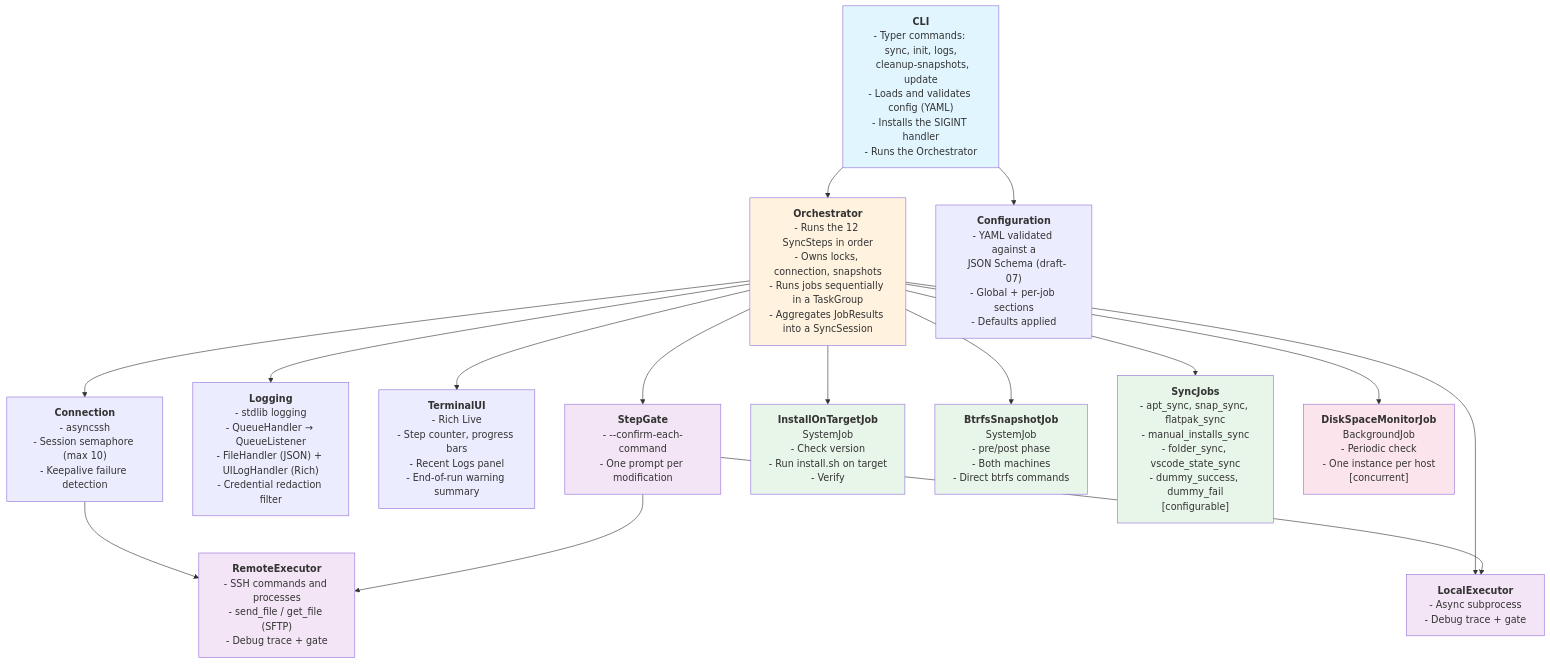
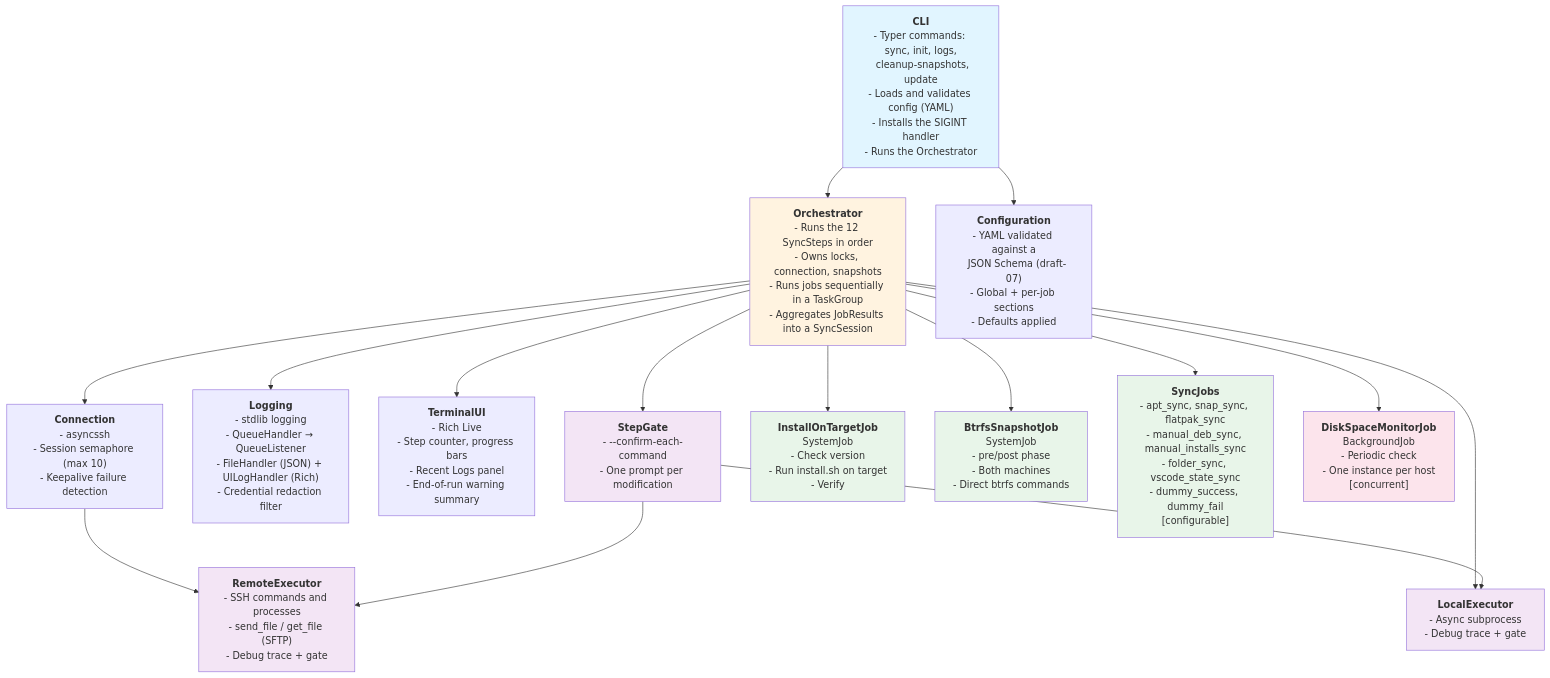
Before and after one commit to flaksit/pc-switcher: the first of 6 diagrams in docs/system/architecture.md, drawn with Mermaid. The commit also changed other lines of this file and 4 other files, not shown here.

First line of the commit message:
docs: spec manual_deb_sync and the shared UnreproducibleSyncJob

````diff
--- a/docs/system/architecture.md
+++ b/docs/system/architecture.md
@@ -36,53 +36,53 @@
 ```mermaid
 graph TD
     CLI["<b>CLI</b><br/>- Typer commands: sync, init, logs,<br/>  cleanup-snapshots, update<br/>- Loads and validates config (YAML)<br/>- Installs the SIGINT handler<br/>- Runs the Orchestrator"]
 
     Orchestrator["<b>Orchestrator</b><br/>- Runs the 12 SyncSteps in order<br/>- Owns locks, connection, snapshots<br/>- Runs jobs sequentially in a TaskGroup<br/>- Aggregates JobResults into a SyncSession"]
 
     Config["<b>Configuration</b><br/>- YAML validated against a<br/>  JSON Schema (draft-07)<br/>- Global + per-job sections<br/>- Defaults applied"]
 
     Connection["<b>Connection</b><br/>- asyncssh<br/>- Session semaphore (max 10)<br/>- Keepalive failure detection"]
 
     Logging["<b>Logging</b><br/>- stdlib logging<br/>- QueueHandler → QueueListener<br/>- FileHandler (JSON) + UILogHandler (Rich)<br/>- Credential redaction filter"]
 
     TerminalUI["<b>TerminalUI</b><br/>- Rich Live<br/>- Step counter, progress bars<br/>- Recent Logs panel<br/>- End-of-run warning summary"]
 
     StepGate["<b>StepGate</b><br/>- --confirm-each-command<br/>- One prompt per modification"]
 
     LocalExecutor["<b>LocalExecutor</b><br/>- Async subprocess<br/>- Debug trace + gate"]
 
     RemoteExecutor["<b>RemoteExecutor</b><br/>- SSH commands and processes<br/>- send_file / get_file (SFTP)<br/>- Debug trace + gate"]
 
     InstallOnTargetJob["<b>InstallOnTargetJob</b><br/>SystemJob<br/>- Check version<br/>- Run install.sh on target<br/>- Verify"]
 
     BtrfsSnapshotJob["<b>BtrfsSnapshotJob</b><br/>SystemJob<br/>- pre/post phase<br/>- Both machines<br/>- Direct btrfs commands"]
 
-    SyncJobs["<b>SyncJobs</b><br/>- apt_sync, snap_sync, flatpak_sync<br/>- manual_installs_sync<br/>- folder_sync, vscode_state_sync<br/>- dummy_success, dummy_fail<br/>[configurable]"]
+    SyncJobs["<b>SyncJobs</b><br/>- apt_sync, snap_sync, flatpak_sync<br/>- manual_deb_sync, manual_installs_sync<br/>- folder_sync, vscode_state_sync<br/>- dummy_success, dummy_fail<br/>[configurable]"]
 
     DiskSpaceMonitorJob["<b>DiskSpaceMonitorJob</b><br/>BackgroundJob<br/>- Periodic check<br/>- One instance per host<br/>[concurrent]"]
 
     CLI --> Config
     CLI --> Orchestrator
     Orchestrator --> Connection
     Orchestrator --> Logging
     Orchestrator --> TerminalUI
     Orchestrator --> StepGate
     Orchestrator --> LocalExecutor
     Connection --> RemoteExecutor
     StepGate --> LocalExecutor
     StepGate --> RemoteExecutor
     Orchestrator --> InstallOnTargetJob
     Orchestrator --> BtrfsSnapshotJob
     Orchestrator --> SyncJobs
     Orchestrator --> DiskSpaceMonitorJob
 
     style CLI fill:#e1f5ff
     style Orchestrator fill:#fff3e0
     style LocalExecutor fill:#f3e5f5
     style RemoteExecutor fill:#f3e5f5
     style StepGate fill:#f3e5f5
     style InstallOnTargetJob fill:#e8f5e9
     style BtrfsSnapshotJob fill:#e8f5e9
     style SyncJobs fill:#e8f5e9
     style DiskSpaceMonitorJob fill:#fce4ec
 ```
````
